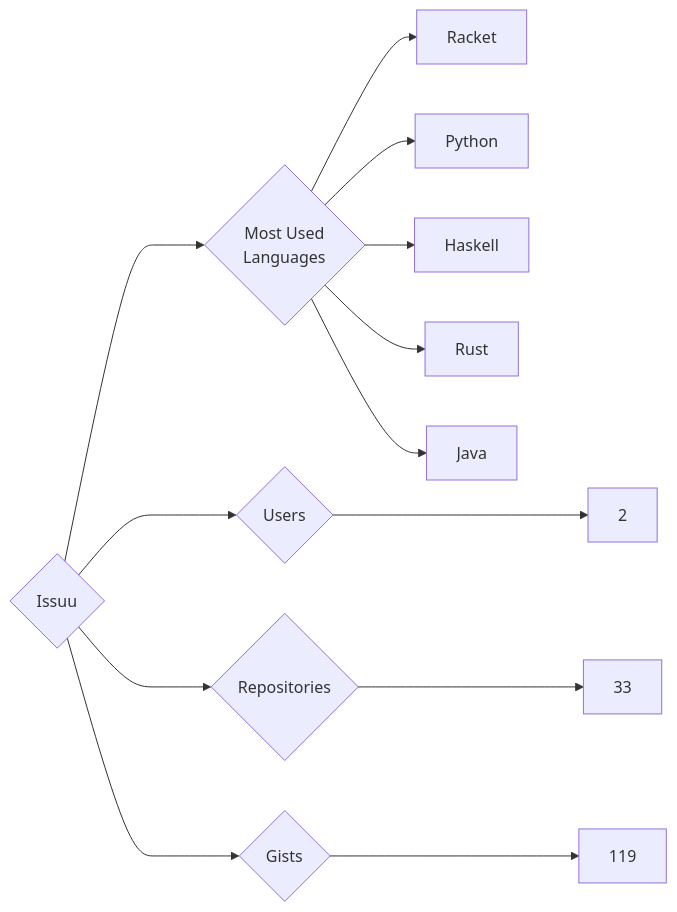
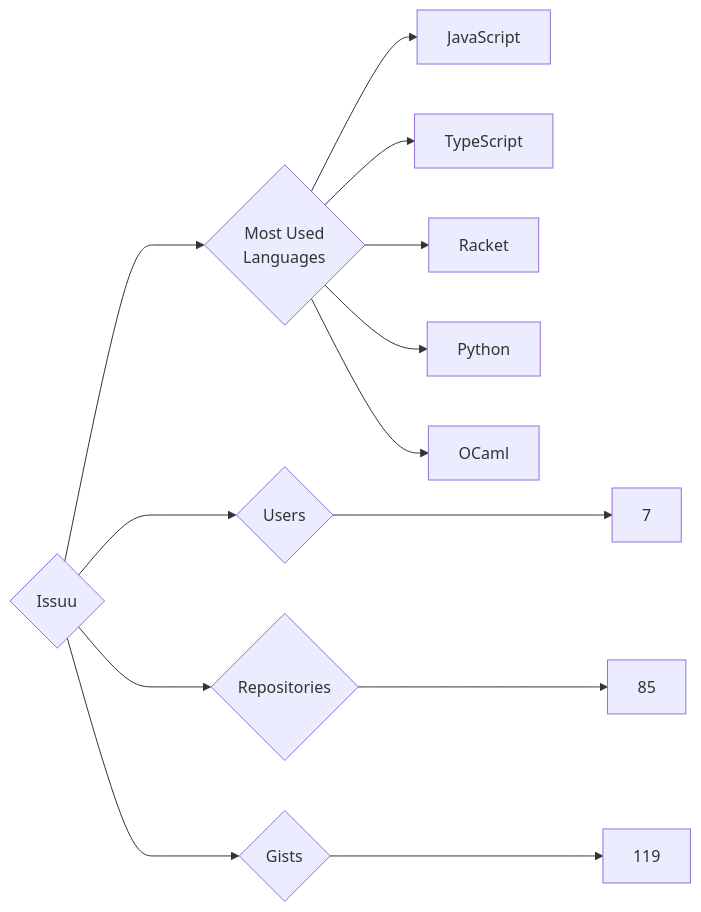
The diagram in targets/Issuu/README.md (trickest/insiders), drawn with Mermaid before and after one commit. The commit also changed 1084 other files, not shown here.

````diff
--- a/targets/Issuu/README.md
+++ b/targets/Issuu/README.md
@@ -3,13 +3,13 @@
 ```mermaid
 graph LR
 COMPANY_NAME{Issuu}
-COMPANY_NAME ---> U{Users} ---> UN[2]
-COMPANY_NAME ---> R{Repositories} ---> RN[33]
+COMPANY_NAME ---> U{Users} ---> UN[7]
+COMPANY_NAME ---> R{Repositories} ---> RN[85]
 COMPANY_NAME ---> G{Gists} ---> GN[119]
 COMPANY_NAME ---> ML{Most Used<br>Languages}
+ML --> JavaScript[JavaScript]
+ML --> TypeScript[TypeScript]
 ML --> Racket[Racket]
 ML --> Python[Python]
-ML --> Haskell[Haskell]
-ML --> Rust[Rust]
-ML --> Java[Java]
+ML --> OCaml[OCaml]
 ```
````
